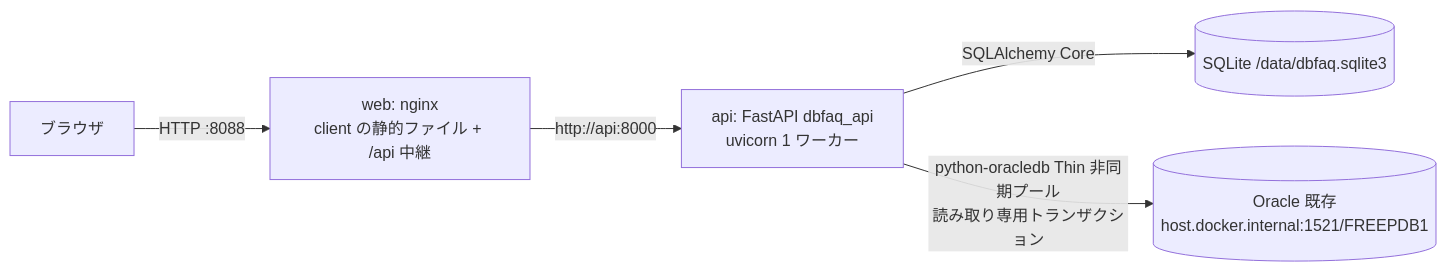
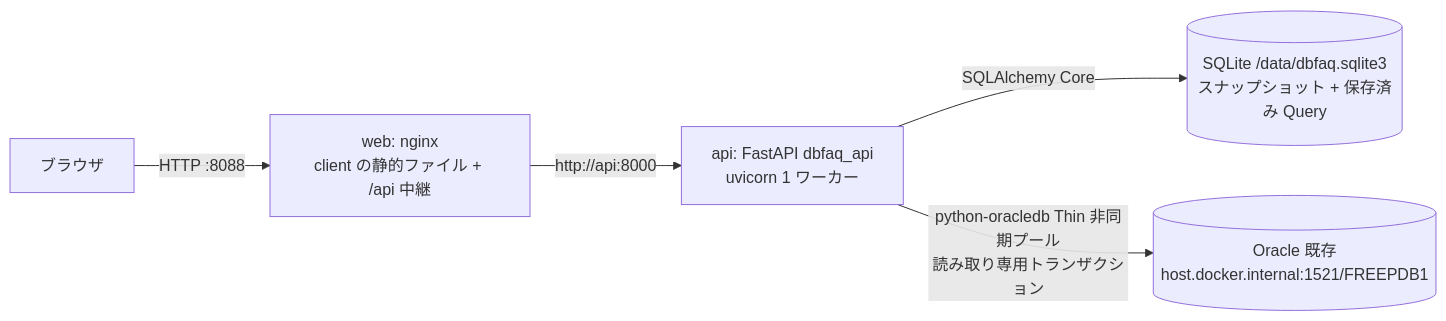
Before and after one commit to kagyuu/DbFAQ: the diagram in docs/ArchitectureHandbook.md, drawn with Mermaid. The commit also changed other lines of this file and 88 other files, not shown here.

````diff
--- a/docs/ArchitectureHandbook.md
+++ b/docs/ArchitectureHandbook.md
@@ -13,7 +13,7 @@
 ```mermaid
 graph LR
   B[ブラウザ] -->|HTTP :8088| W[web: nginx<br/>client の静的ファイル + /api 中継]
   W -->|http://api:8000| A[api: FastAPI dbfaq_api<br/>uvicorn 1 ワーカー]
-  A -->|SQLAlchemy Core| S[(SQLite /data/dbfaq.sqlite3)]
+  A -->|SQLAlchemy Core| S[(SQLite /data/dbfaq.sqlite3<br/>スナップショット + 保存済み Query)]
   A -->|python-oracledb Thin 非同期プール<br/>読み取り専用トランザクション| O[(Oracle 既存<br/>host.docker.internal:1521/FREEPDB1)]
 ```
````
